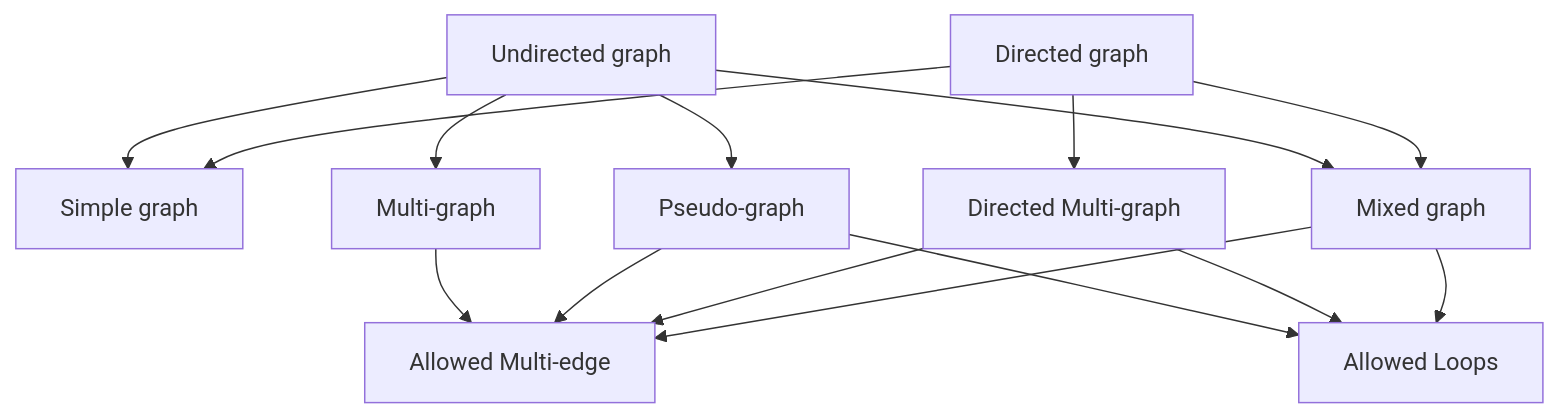
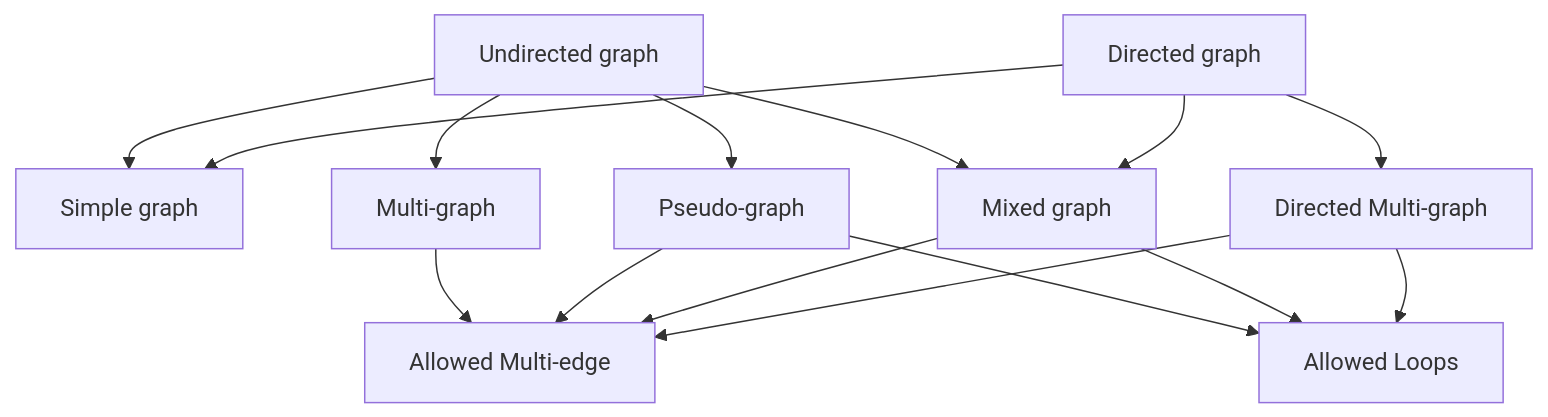
The diagram in ch07-graph/Chapter07-Sumarize.md (Phong004/MAD101), drawn with Mermaid before and after one commit. The commit also changed other lines of this file, not shown here.

````diff
--- a/ch07-graph/Chapter07-Sumarize.md
+++ b/ch07-graph/Chapter07-Sumarize.md
@@ -2,17 +2,17 @@
 ```mermaid
 graph TD
     A[Undirected graph] --> C[Simple graph]
     A[Undirected graph] --> D[Multi-graph]
     D[Multi-graph] --> G[Allowed Multi-edge]
     A[Undirected graph] --> E[Pseudo-graph]
     E[Pseudo-graph] --> G[Allowed Multi-edge]
     E[Pseudo-graph] --> H[Allowed Loops]
     A[Undirected graph] --> F[Mixed graph]
+    F[Mixed graph] --> G[Allowed Multi-edge]
+    F[Mixed graph] --> H[Allowed Loops]
     B[Directed graph] --> C[Simple graph]
     B[Directed graph] --> I[Directed Multi-graph]
     I[Directed Multi-graph] --> G[Allowed Multi-edge]
     I[Directed Multi-graph] --> H[Allowed Loops]
     B[Directed graph] --> F[Mixed graph]
-    F[Mixed graph] --> G[Allowed Multi-edge]
-    F[Mixed graph] --> H[Allowed Loops]
 ```
````
